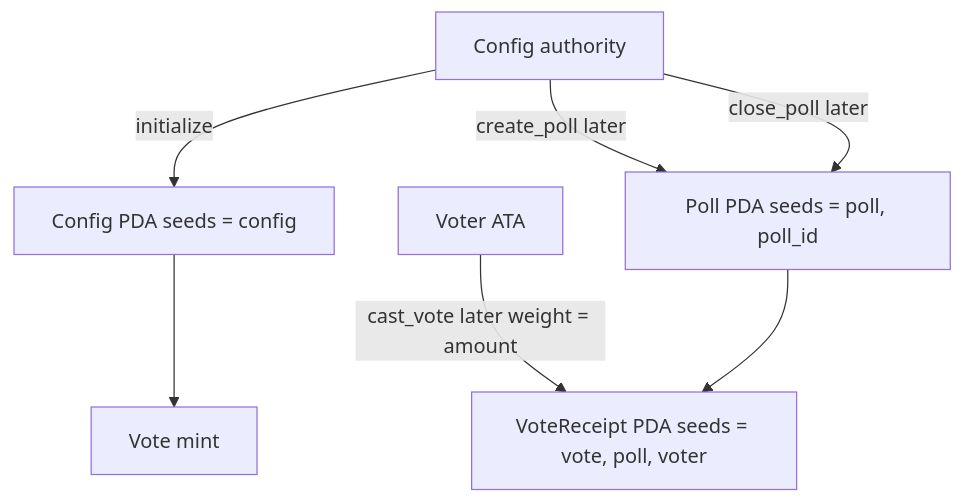
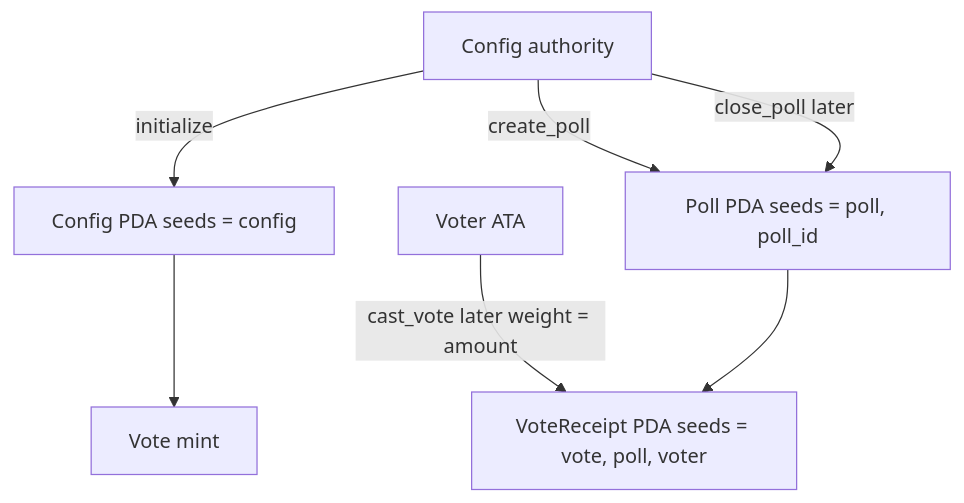
One commit to klisman/ledger-vote-solana changed the diagram in README.md. Above: the diagram before and after it, drawn with Mermaid. The commit also changed other lines of this file and 8 other files, not shown here.

First line of the commit message:
Add create_poll with authority, option-count, and window checks.

````diff
--- a/README.md
+++ b/README.md
@@ -35,16 +35,16 @@
 ```mermaid
 flowchart TD
   authority[Config authority]
   config["Config PDA seeds = config"]
   mint[Vote mint]
   poll["Poll PDA seeds = poll, poll_id"]
   ata[Voter ATA]
   receipt["VoteReceipt PDA seeds = vote, poll, voter"]
 
   authority -->|initialize| config
   config --> mint
-  authority -->|create_poll later| poll
+  authority -->|create_poll| poll
   ata -->|cast_vote later weight = amount| receipt
   poll --> receipt
   authority -->|close_poll later| poll
 ```
````
